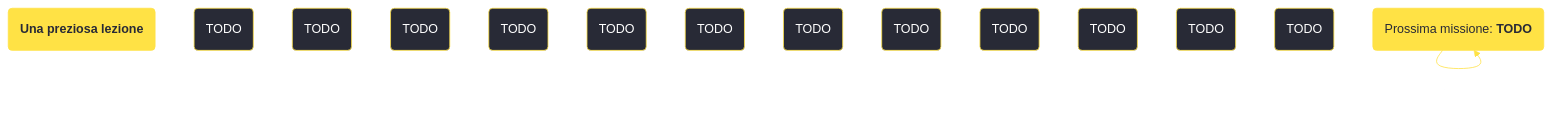
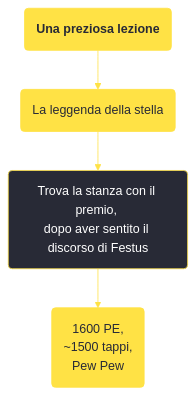
One commit to persy/wastelander changed the diagram in content/voci/fallout new vegas/missioni/Una preziosa lezione.md. Above: the diagram before and after it, drawn with Mermaid. The commit also changed 174 other files, not shown here.

````diff
--- a/content/voci/fallout new vegas/missioni/Una preziosa lezione.md
+++ b/content/voci/fallout new vegas/missioni/Una preziosa lezione.md
@@ -32,24 +32,14 @@
 ```mermaid
 %%{init: {'theme': 'base', 'themeVariables': { 'primaryColor': '#282a36', 'primaryBorderColor': '#ffe245', 'primaryTextColor': '#fff', 'lineColor': '#ffe245', 'fontFamily': 'Jura'}}}%%
 graph TD;
     id1(<b>Una preziosa lezione</b>):::questfnv
-    id2(TODO)
-    id3(TODO)
-    id4(TODO)
-    id5(TODO)
-    id6(TODO)
-    id7(TODO) 
-    id8(TODO)
-    id9(TODO)
-    id10(TODO)
-    id11(TODO)
-    id12(TODO)
-    id13(TODO) 
-    id(TODO):::rewardfnv
-    id(Prossima missione: <b>TODO</b>):::questfnv
-    id-->id-->id-->id-->id-->id-->id
+    id2(La leggenda della stella):::questfnv
+    id3(Trova la stanza con il premio, <br />dopo aver sentito il <br />discorso di Festus)
+    id4("1600 PE, <br />~1500 tappi, <br />Pew Pew"):::rewardfnv
+
+    id1-->id2-->id3-->id4
     
-    click id "../TODO"
+    click id2 "../la-leggenda-della-stella"
     classDef rewardfnv fill:#ffe245, stroke:#ffe245, color:#282a36;
     classDef questfnv fill:#ffe245, stroke:#ffe245, color:#282a36;
 ```
````
